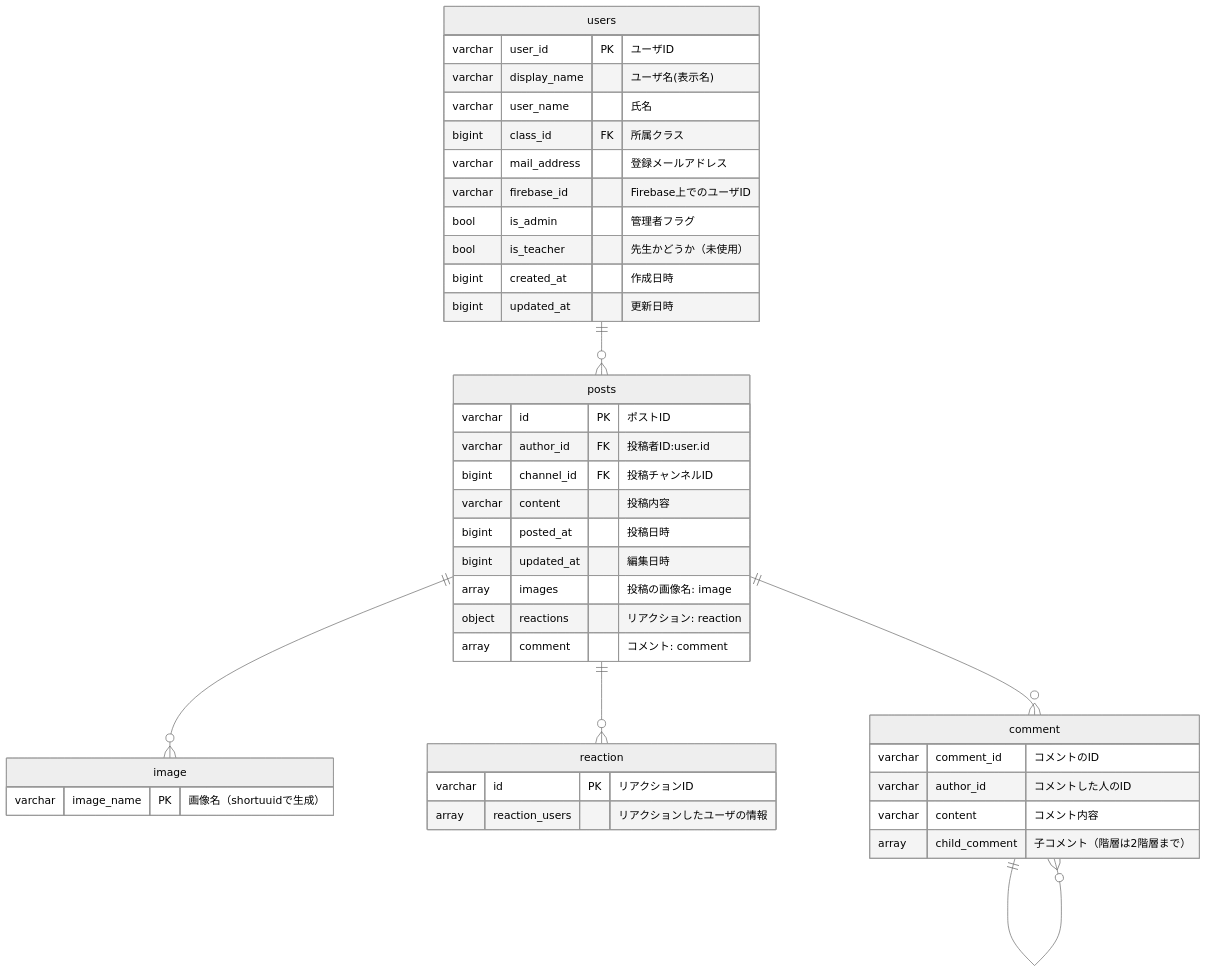
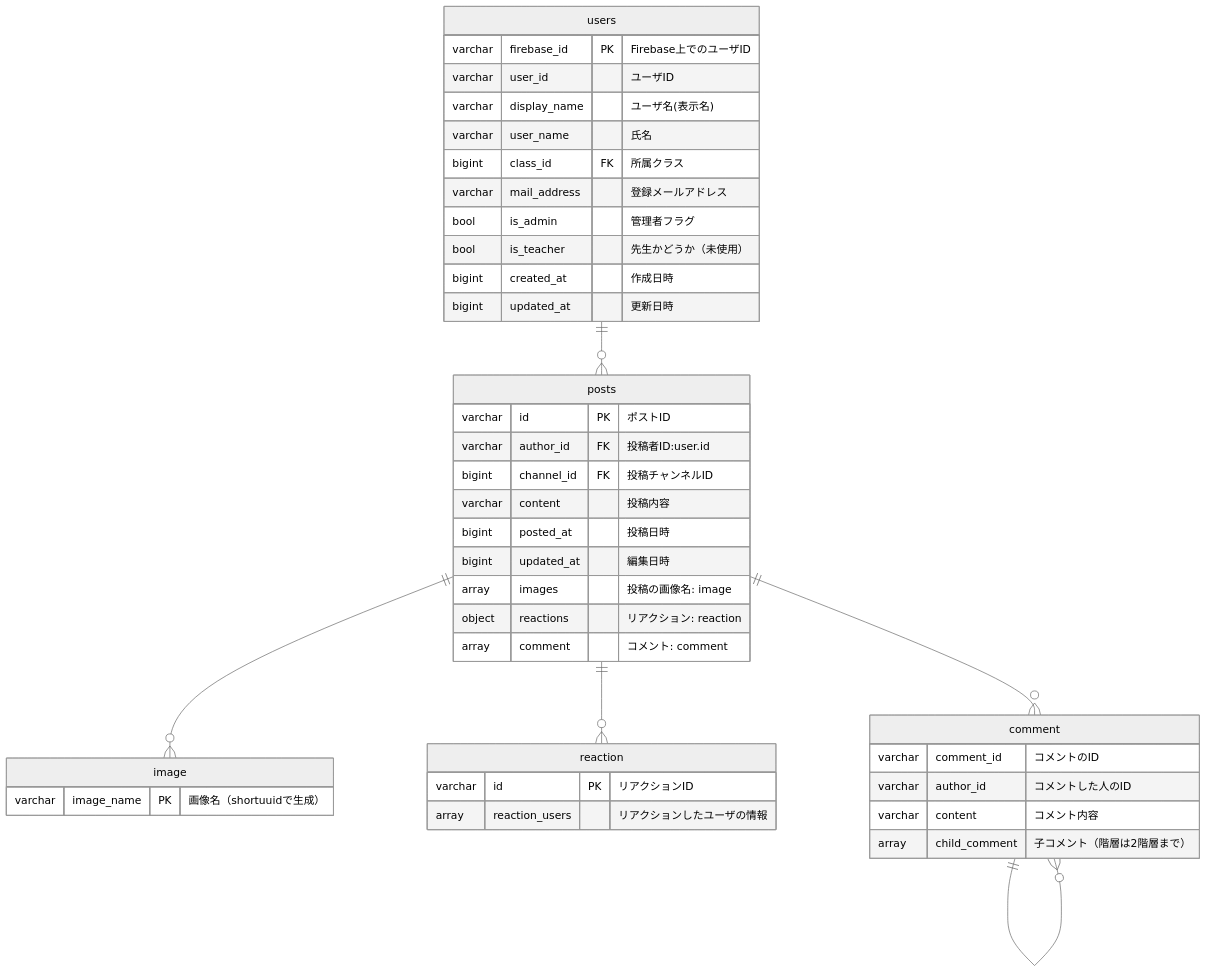
The diagram in document/DB.md (mochi-yu/kns23-catch-up), drawn with Mermaid (neutral theme) before and after one commit. The commit also changed 2 other files, not shown here.

Commit message:
fix: usersテーブルのPKをfirebaseのuuidに変更

````diff
--- a/document/DB.md
+++ b/document/DB.md
@@ -10,56 +10,56 @@
 ```mermaid
 erDiagram
   %% モデル
   users {
-    varchar user_id PK "ユーザID"
+    varchar firebase_id PK "Firebase上でのユーザID"
+    varchar user_id "ユーザID"
     varchar display_name "ユーザ名(表示名)"
     varchar user_name "氏名"
     bigint class_id FK "所属クラス"
     varchar mail_address "登録メールアドレス"
-    varchar firebase_id "Firebase上でのユーザID"
 
     bool is_admin "管理者フラグ"
     bool is_teacher "先生かどうか（未使用）"
 
     bigint created_at "作成日時"
     bigint updated_at "更新日時"
   }
 
   posts {
     varchar id PK "ポストID"
     varchar author_id FK "投稿者ID:user.id"
     bigint channel_id FK "投稿チャンネルID"
 
     varchar content "投稿内容"
     bigint posted_at "投稿日時"
     bigint updated_at "編集日時"
 
     array images "投稿の画像名: image"
     object reactions "リアクション: reaction"
     array comment "コメント: comment"
   }
 
   image {
     varchar image_name PK "画像名（shortuuidで生成）"
   }
 
   reaction {
     varchar id PK "リアクションID"
     array reaction_users "リアクションしたユーザの情報"
   }
 
   comment {
     varchar comment_id "コメントのID"
     varchar author_id "コメントした人のID"
     varchar content "コメント内容"
     array child_comment "子コメント（階層は2階層まで）"
   }
 
   %% 関係性
   users ||--o{ posts : ""
   posts ||--o{ image: ""
   posts ||--o{ reaction: ""
   posts ||--o{ comment: ""
   comment ||--o{ comment: ""
 
 ```
````
